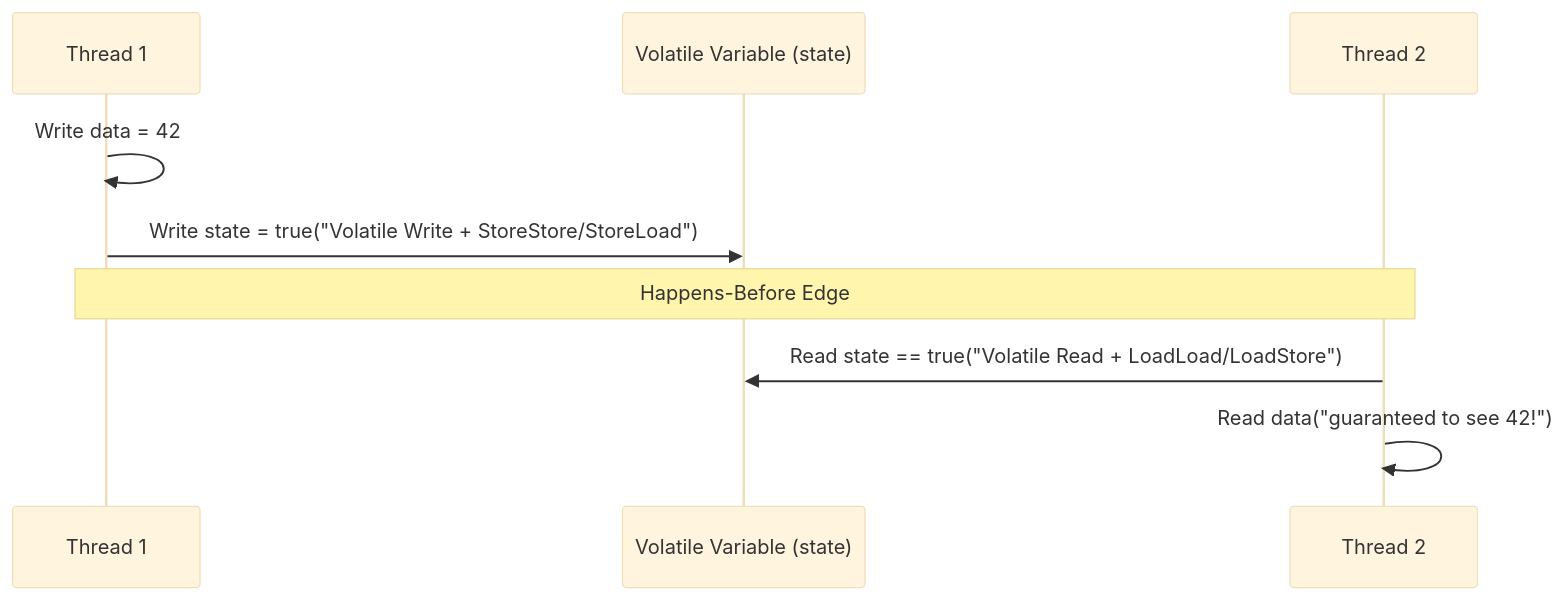
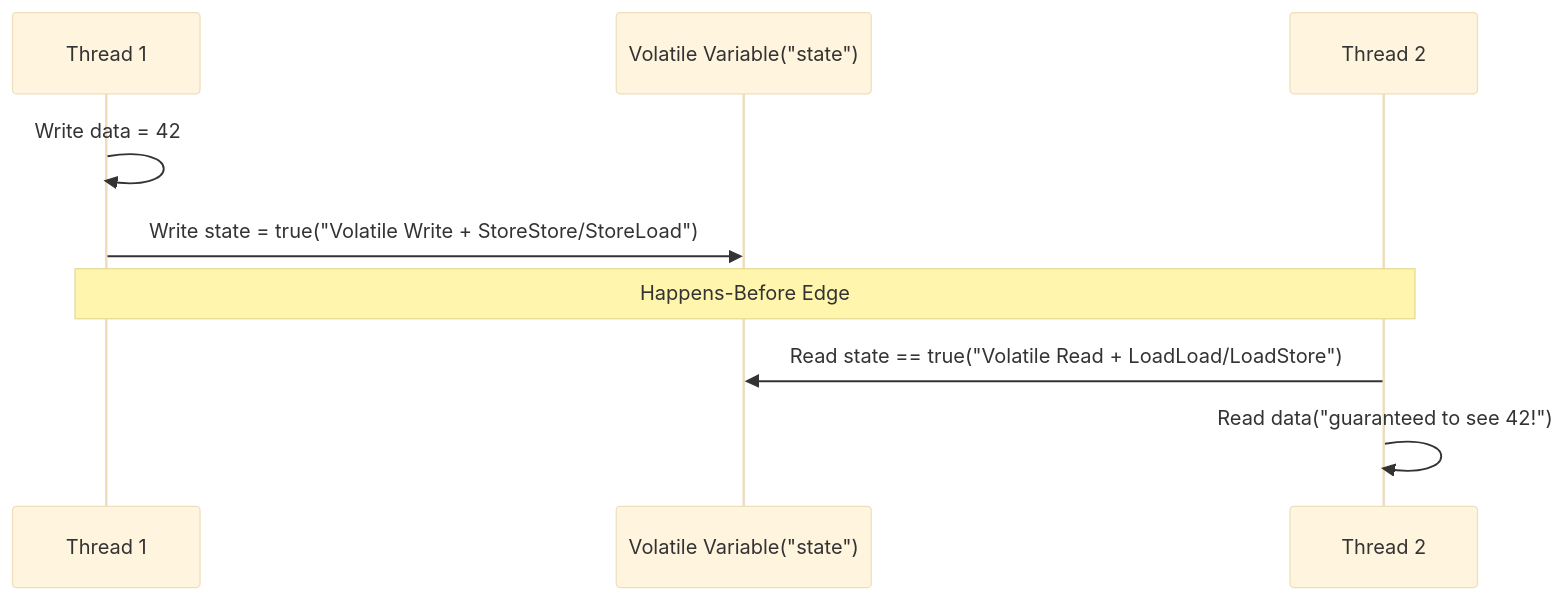
Before and after one commit to pploc/swe-icon-the-moment: the diagram in content/questions/language/java/java-memory-model-deep-dive.md, drawn with Mermaid (base theme). The commit also changed 138 other files, not shown here.

````diff
--- a/content/questions/language/java/java-memory-model-deep-dive.md
+++ b/content/questions/language/java/java-memory-model-deep-dive.md
@@ -32,12 +32,13 @@
 ```mermaid
 sequenceDiagram
     participant Thread1 as Thread 1
-    participant VolatileVar as Volatile Variable (state)
+    participant VolatileVar as Volatile Variable("state")
     participant Thread2 as Thread 2
     Thread1->>Thread1: Write data = 42
     Thread1->>VolatileVar: Write state = true("Volatile Write + StoreStore/StoreLoad")
     Note over Thread1,Thread2: Happens-Before Edge
     Thread2->>VolatileVar: Read state == true("Volatile Read + LoadLoad/LoadStore")
     Thread2->>Thread2: Read data("guaranteed to see 42!")
 
+
 ```
````
